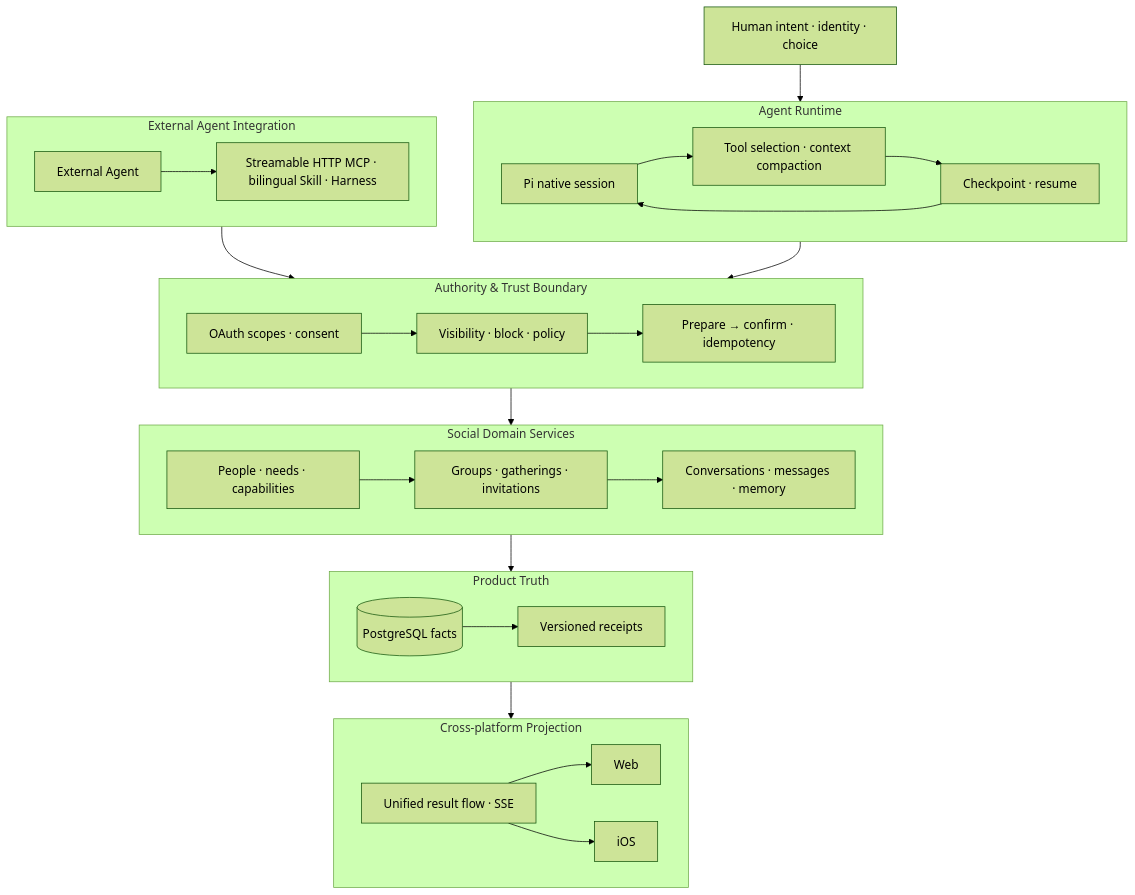
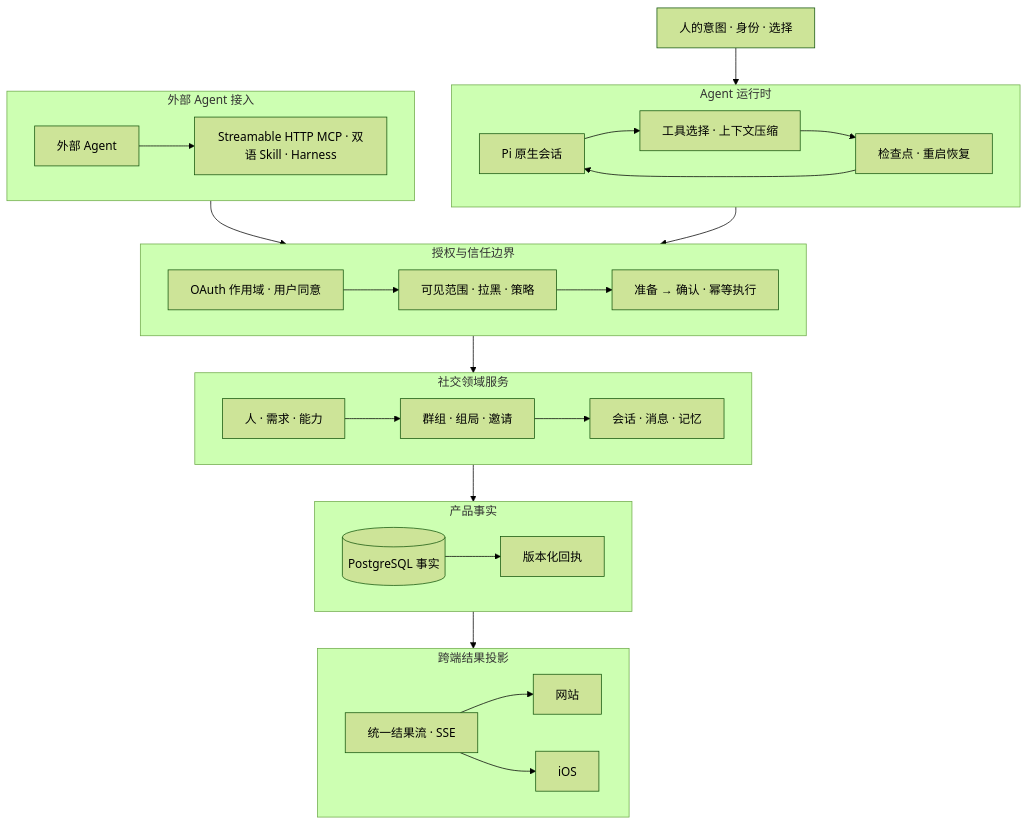
One commit to liudejua27-blip/liudejua27-blip changed the diagram in README.md. Above: the diagram before and after it, drawn with Mermaid (forest theme). The commit also changed other lines of this file, not shown here.

````diff
--- a/README.md
+++ b/README.md
@@ -44,45 +44,45 @@
 ```mermaid
 flowchart TB
-    H["Human intent · identity · choice"] --> PI
+    H["人的意图 · 身份 · 选择"] --> PI
 
-    subgraph RUNTIME["Agent Runtime"]
+    subgraph RUNTIME["Agent 运行时"]
       direction LR
-      PI["Pi native session"] --> CTX["Tool selection · context compaction"]
-      CTX --> CKPT["Checkpoint · resume"]
+      PI["Pi 原生会话"] --> CTX["工具选择 · 上下文压缩"]
+      CTX --> CKPT["检查点 · 重启恢复"]
     end
 
-    subgraph TRUST["Authority & Trust Boundary"]
+    subgraph TRUST["授权与信任边界"]
       direction LR
-      OAUTH["OAuth scopes · consent"] --> POLICY["Visibility · block · policy"]
-      POLICY --> ACTION["Prepare → confirm · idempotency"]
+      OAUTH["OAuth 作用域 · 用户同意"] --> POLICY["可见范围 · 拉黑 · 策略"]
+      POLICY --> ACTION["准备 → 确认 · 幂等执行"]
     end
 
-    subgraph DOMAIN["Social Domain Services"]
+    subgraph DOMAIN["社交领域服务"]
       direction LR
-      PEOPLE["People · needs · capabilities"] --> GROUPS["Groups · gatherings · invitations"]
-      GROUPS --> MSG["Conversations · messages · memory"]
+      PEOPLE["人 · 需求 · 能力"] --> GROUPS["群组 · 组局 · 邀请"]
+      GROUPS --> MSG["会话 · 消息 · 记忆"]
     end
 
-    subgraph TRUTH["Product Truth"]
+    subgraph TRUTH["产品事实"]
       direction LR
-      DB[("PostgreSQL facts")] --> REC["Versioned receipts"]
+      DB[("PostgreSQL 事实")] --> REC["版本化回执"]
     end
 
-    subgraph PROJ["Cross-platform Projection"]
+    subgraph PROJ["跨端结果投影"]
       direction LR
-      RESULT["Unified result flow · SSE"] --> WEB["Web"]
+      RESULT["统一结果流 · SSE"] --> WEB["网站"]
       RESULT --> IOS["iOS"]
     end
 
-    subgraph EXTINT["External Agent Integration"]
+    subgraph EXTINT["外部 Agent 接入"]
       direction LR
-      EXT["External Agent"] --> MCP["Streamable HTTP MCP · bilingual Skill · Harness"]
+      EXT["外部 Agent"] --> MCP["Streamable HTTP MCP · 双语 Skill · Harness"]
     end
 
     PI --> OAUTH
     CKPT --> PI
     MCP --> OAUTH
     ACTION --> PEOPLE
     MSG --> DB
     REC --> RESULT
 ```
````
